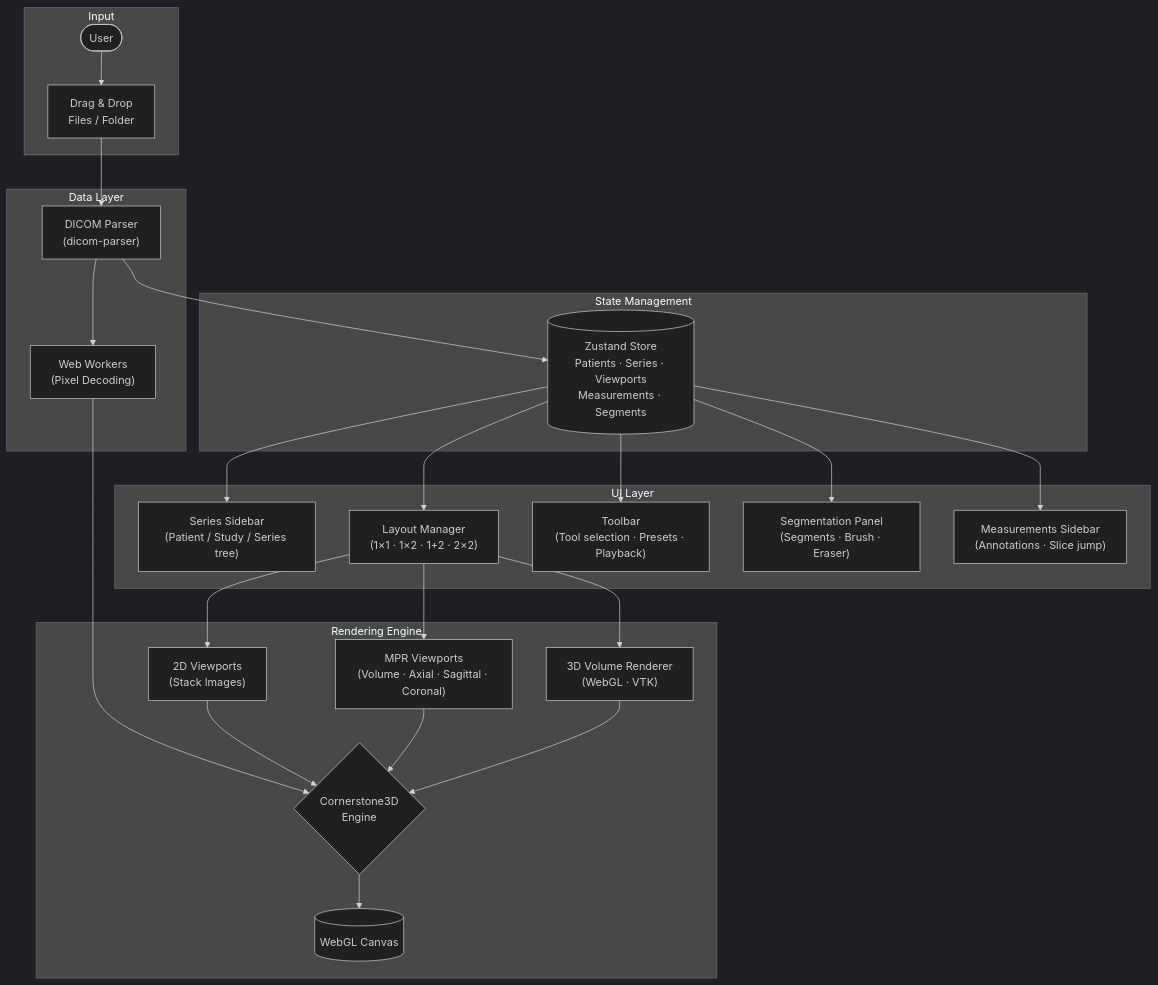
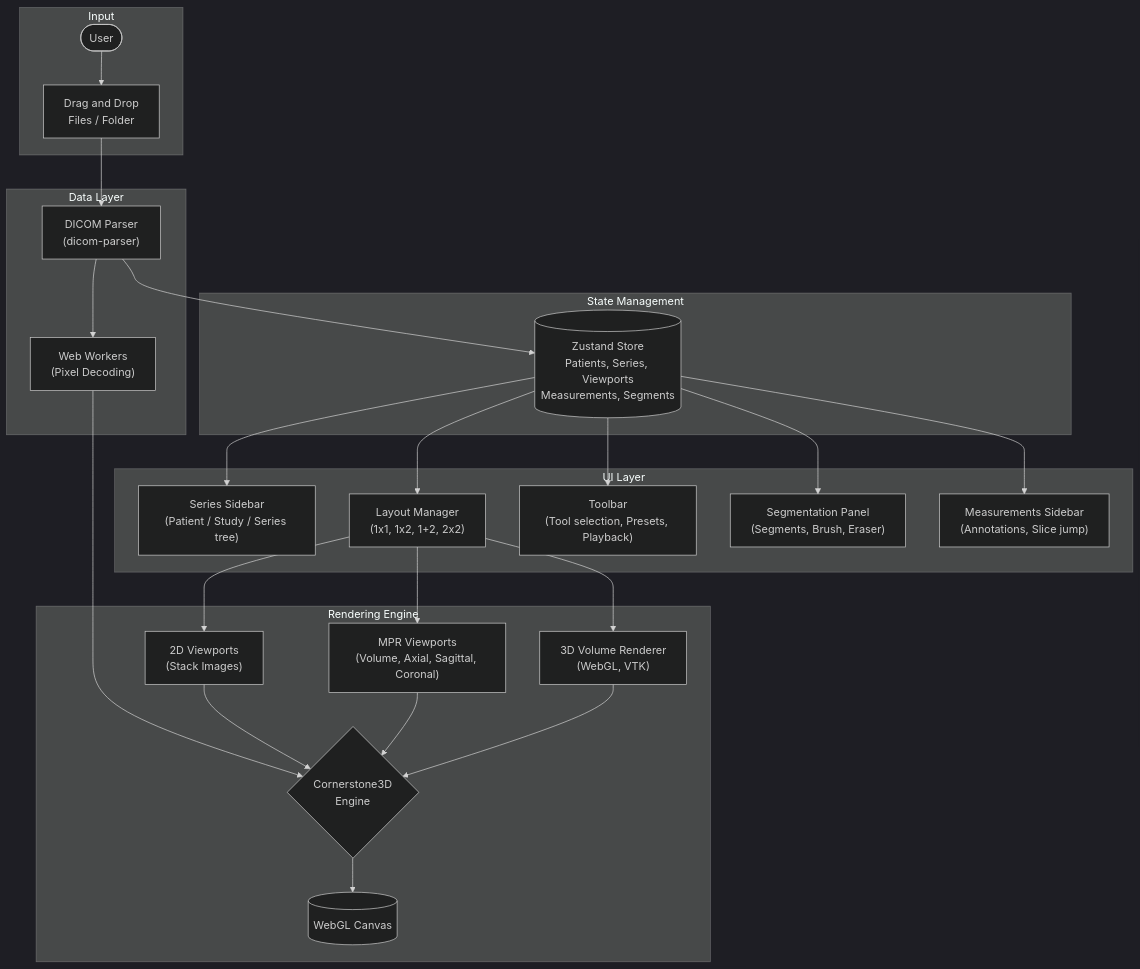
The diagram in README.md (BrahimSoufghalem/web-dicom-viewer), drawn with Mermaid (dark theme) before and after one commit. The commit also changed other lines of this file, not shown here.

Commit message:
Fix image path and update diagram labels in README

````diff
--- a/README.md
+++ b/README.md
@@ -113,52 +113,52 @@
 ```mermaid
 flowchart TD
-    subgraph Input
+    subgraph InputLayer [Input]
         User([User])
-        DragDrop["Drag & Drop\nFiles / Folder"]
+        DragDrop["Drag and Drop<br>Files / Folder"]
     end
 
-    subgraph Parsing ["Data Layer"]
-        Parser["DICOM Parser\n(dicom-parser)"]
-        Workers["Web Workers\n(Pixel Decoding)"]
+    subgraph DataLayer [Data Layer]
+        Parser["DICOM Parser<br>(dicom-parser)"]
+        Workers["Web Workers<br>(Pixel Decoding)"]
     end
 
-    subgraph State ["State Management"]
-        Zustand[("Zustand Store\nPatients · Series · Viewports\nMeasurements · Segments")]
+    subgraph StateLayer [State Management]
+        Zustand[("Zustand Store<br>Patients, Series, Viewports<br>Measurements, Segments")]
     end
 
-    subgraph UI ["UI Layer"]
-        Sidebar["Series Sidebar\n(Patient / Study / Series tree)"]
-        LayoutMgr["Layout Manager\n(1×1 · 1×2 · 1+2 · 2×2)"]
-        Toolbar["Toolbar\n(Tool selection · Presets · Playback)"]
-        SegPanel["Segmentation Panel\n(Segments · Brush · Eraser)"]
-        MeasSidebar["Measurements Sidebar\n(Annotations · Slice jump)"]
+    subgraph UILayer [UI Layer]
+        Sidebar["Series Sidebar<br>(Patient / Study / Series tree)"]
+        LayoutMgr["Layout Manager<br>(1x1, 1x2, 1+2, 2x2)"]
+        Toolbar["Toolbar<br>(Tool selection, Presets, Playback)"]
+        SegPanel["Segmentation Panel<br>(Segments, Brush, Eraser)"]
+        MeasSidebar["Measurements Sidebar<br>(Annotations, Slice jump)"]
     end
 
-    subgraph Rendering ["Rendering Engine"]
-        CS3D{"Cornerstone3D\nEngine"}
-        Viewer2D["2D Viewports\n(Stack Images)"]
-        ViewerMPR["MPR Viewports\n(Volume · Axial · Sagittal · Coronal)"]
-        Viewer3D["3D Volume Renderer\n(WebGL · VTK)"]
+    subgraph RenderingLayer [Rendering Engine]
+        CS3D{"Cornerstone3D<br>Engine"}
+        Viewer2D["2D Viewports<br>(Stack Images)"]
+        ViewerMPR["MPR Viewports<br>(Volume, Axial, Sagittal, Coronal)"]
+        Viewer3D["3D Volume Renderer<br>(WebGL, VTK)"]
         WebGL[("WebGL Canvas")]
     end
 
     User --> DragDrop --> Parser
     Parser --> Workers --> CS3D
     Parser --> Zustand
 
     Zustand --> Sidebar
     Zustand --> LayoutMgr
     Zustand --> Toolbar
     Zustand --> SegPanel
     Zustand --> MeasSidebar
 
     LayoutMgr --> Viewer2D
     LayoutMgr --> ViewerMPR
     LayoutMgr --> Viewer3D
 
     Viewer2D --> CS3D
     ViewerMPR --> CS3D
     Viewer3D --> CS3D
 
     CS3D --> WebGL
 ```
````
